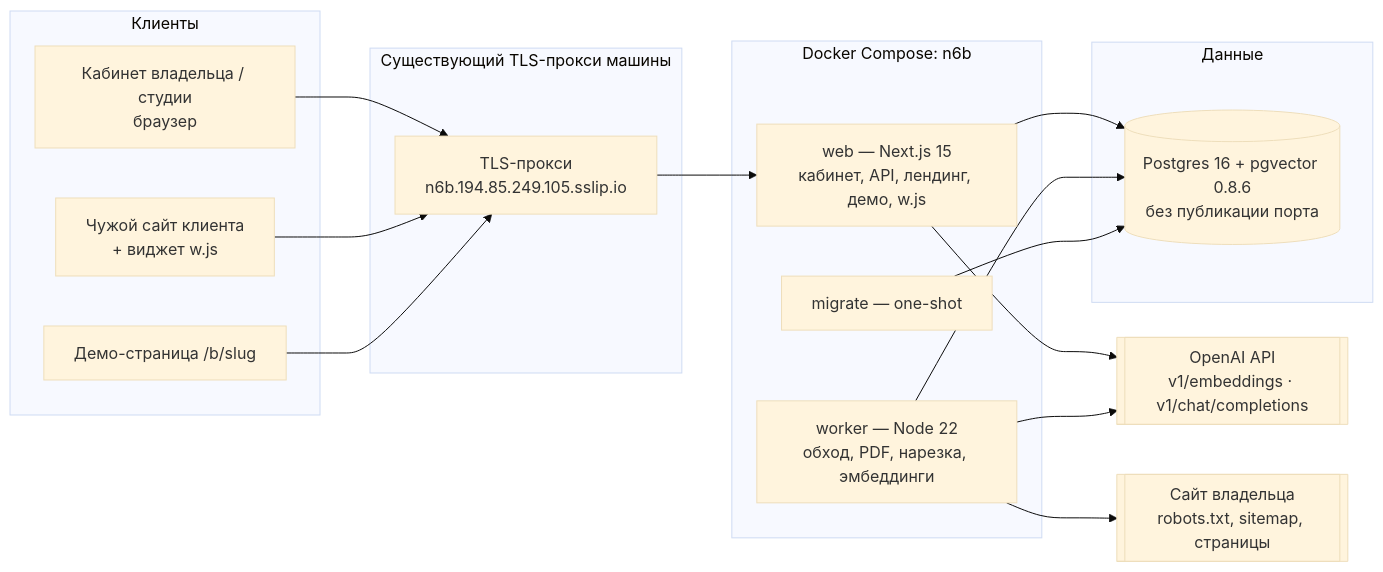
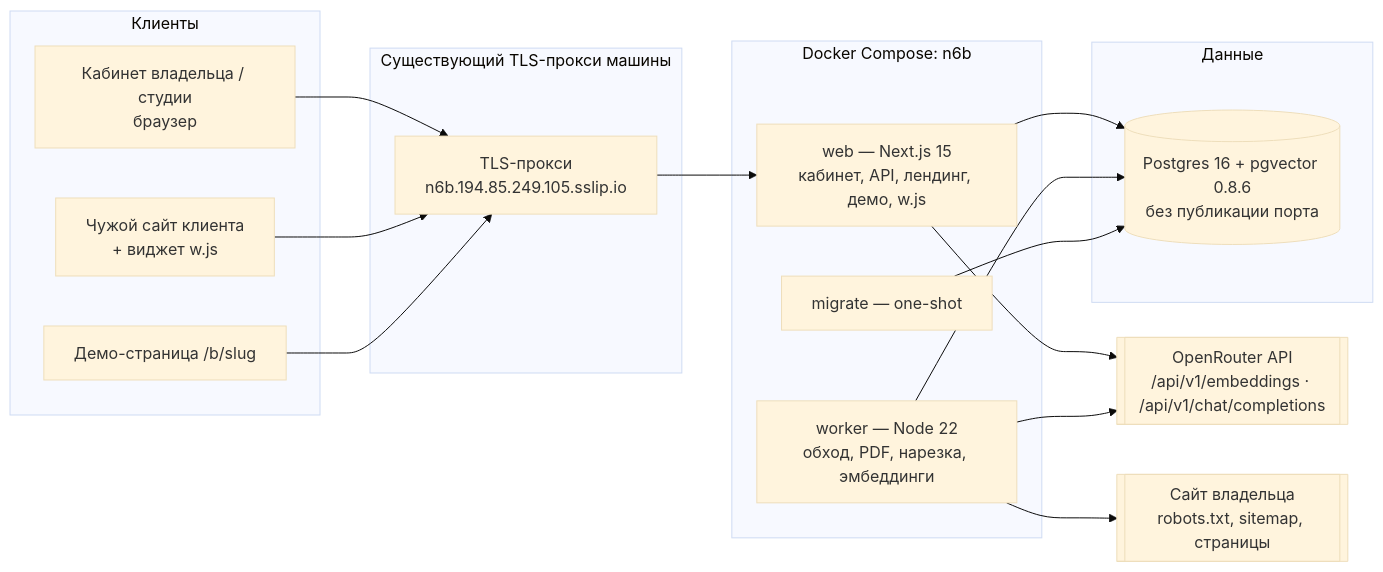
One commit to djd1m/2026-AUG-PU-Projects changed the diagram in projects/06b-rag-class/docs/Architecture.md. Above: the diagram before and after it, drawn with Mermaid (base theme). The commit also changed other lines of this file and 10 other files, not shown here.

````diff
--- a/projects/06b-rag-class/docs/Architecture.md
+++ b/projects/06b-rag-class/docs/Architecture.md
@@ -22,30 +22,30 @@
 ```mermaid
 flowchart LR
   subgraph Client["Клиенты"]
     OWN[Кабинет владельца / студии<br/>браузер]
     HOST[Чужой сайт клиента<br/>+ виджет w.js]
     DEMO[Демо-страница /b/slug]
   end
   subgraph Edge["Существующий TLS-прокси машины"]
     PX[TLS-прокси<br/>n6b.194.85.249.105.sslip.io]
   end
   subgraph App["Docker Compose: n6b"]
     WEB[web — Next.js 15<br/>кабинет, API, лендинг, демо, w.js]
     WRK[worker — Node 22<br/>обход, PDF, нарезка, эмбеддинги]
     MIG[migrate — one-shot]
   end
   subgraph Data["Данные"]
     DB[(Postgres 16 + pgvector 0.8.6<br/>без публикации порта)]
   end
-  OAI[[OpenAI API<br/>v1/embeddings · v1/chat/completions]]
+  OAI[[OpenRouter API<br/>/api/v1/embeddings · /api/v1/chat/completions]]
   SITE[[Сайт владельца<br/>robots.txt, sitemap, страницы]]
   OWN --> PX --> WEB
   HOST --> PX
   DEMO --> PX
   WEB --> DB
   WRK --> DB
   MIG --> DB
   WEB --> OAI
   WRK --> OAI
   WRK --> SITE
 ```
````
